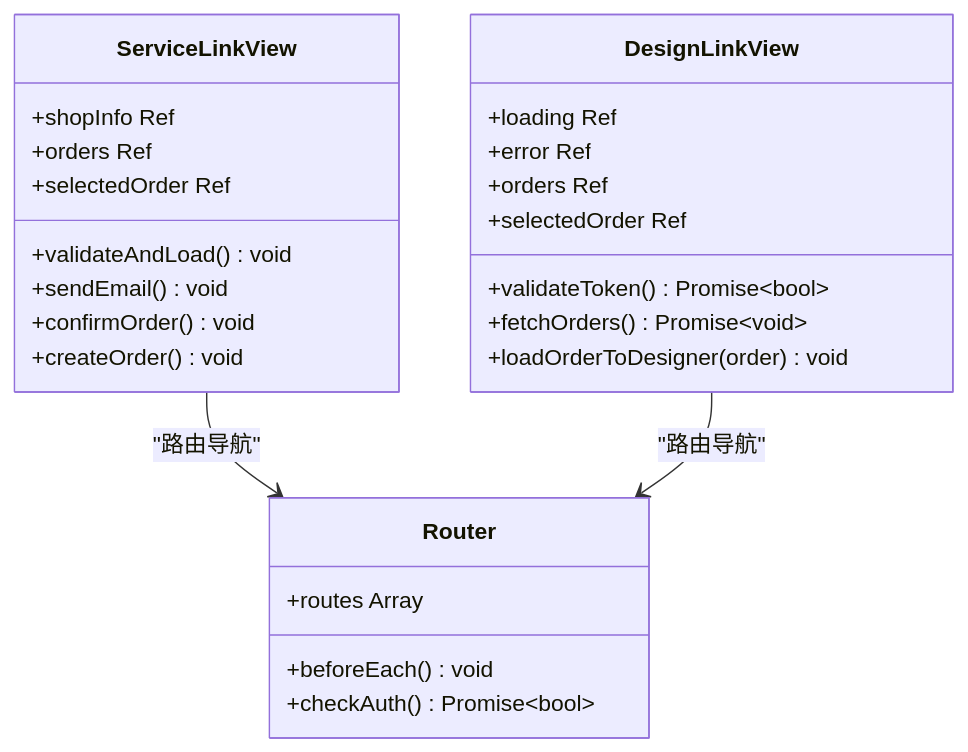
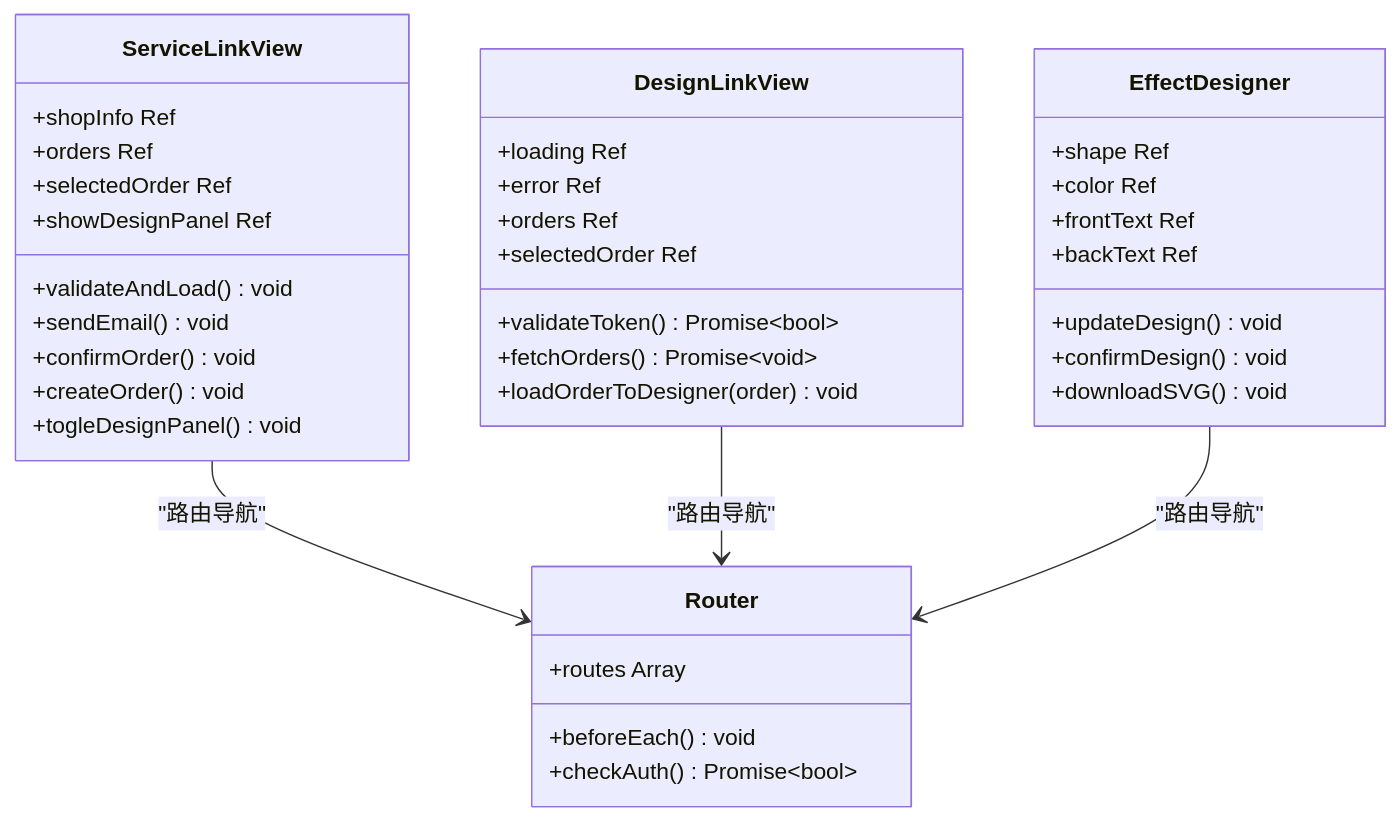
Before and after one commit to SY6621/POD-Order-Management: the third of 12 diagrams in .qoder/repowiki/zh/content/开发指南/客服外链双链接系统.md, drawn with Mermaid. The commit also changed other lines of this file and 11 other files, not shown here.

````diff
--- a/.qoder/repowiki/zh/content/开发指南/客服外链双链接系统.md
+++ b/.qoder/repowiki/zh/content/开发指南/客服外链双链接系统.md
@@ -159,28 +171,40 @@
 ```mermaid
 classDiagram
 class ServiceLinkView {
 +shopInfo Ref
 +orders Ref
 +selectedOrder Ref
 +validateAndLoad() void
 +sendEmail() void
 +confirmOrder() void
 +createOrder() void
++showDesignPanel Ref
++togleDesignPanel() void
 }
 class DesignLinkView {
 +loading Ref
 +error Ref
 +orders Ref
 +selectedOrder Ref
 +validateToken() Promise~bool~
 +fetchOrders() Promise~void~
 +loadOrderToDesigner(order) void
 }
+class EffectDesigner {
++shape Ref
++color Ref
++frontText Ref
++backText Ref
++updateDesign() void
++confirmDesign() void
++downloadSVG() void
+}
 class Router {
 +routes Array
 +beforeEach() void
 +checkAuth() Promise~bool~
 }
 ServiceLinkView --> Router : "路由导航"
 DesignLinkView --> Router : "路由导航"
+EffectDesigner --> Router : "路由导航"
 ```
````
